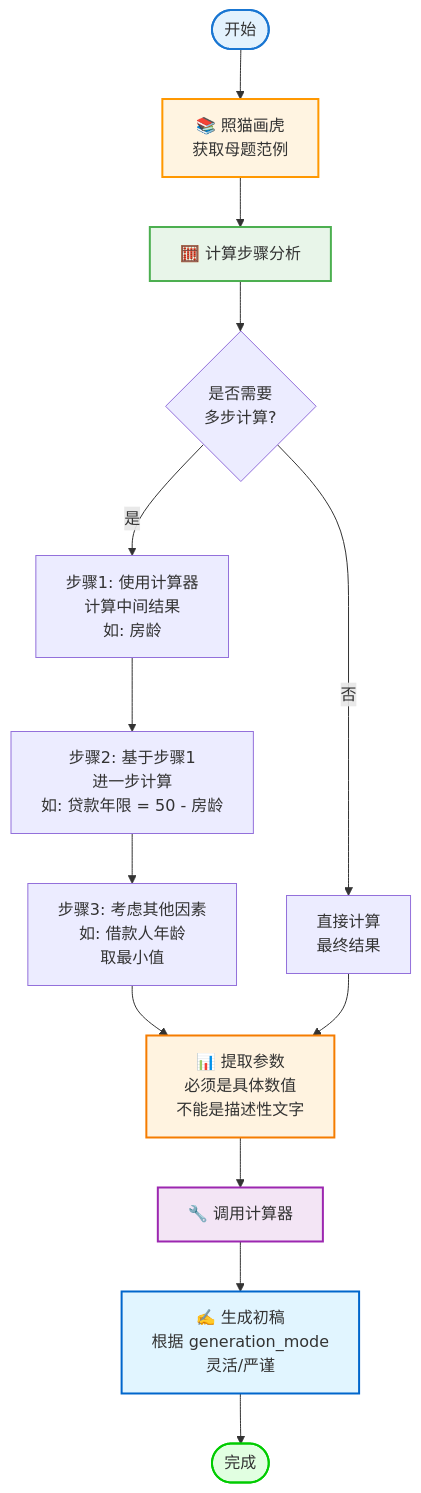
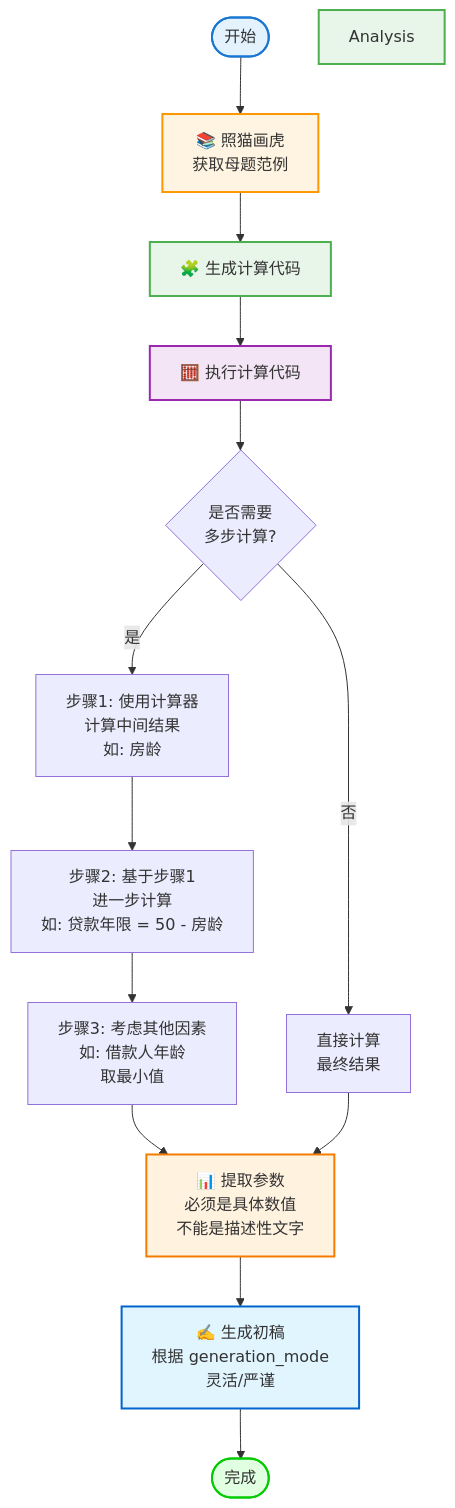
One commit to pt1995117/boxue-ai-exam-generator changed the fourth of 6 diagrams in docs/系统流程图-可视化版.md. Above: the diagram before and after it, drawn with Mermaid. The commit also changed other lines of this file and 20066 other files, not shown here.

````diff
--- a/docs/系统流程图-可视化版.md
+++ b/docs/系统流程图-可视化版.md
@@ -106,27 +106,28 @@
 ```mermaid
 flowchart TD
     Start([开始]) --> Examples[📚 照猫画虎<br/>获取母题范例]
-    Examples --> Analysis[🧮 计算步骤分析]
+    Examples --> Codegen[🧩 生成计算代码]
     
-    Analysis --> Q1{是否需要<br/>多步计算?}
+    Codegen --> Exec[🧮 执行计算代码]
+    Exec --> Q1{是否需要<br/>多步计算?}
     Q1 -->|是| Step1[步骤1: 使用计算器<br/>计算中间结果<br/>如: 房龄]
     Q1 -->|否| Direct[直接计算<br/>最终结果]
     
     Step1 --> Step2[步骤2: 基于步骤1<br/>进一步计算<br/>如: 贷款年限 = 50 - 房龄]
     Step2 --> Step3[步骤3: 考虑其他因素<br/>如: 借款人年龄<br/>取最小值]
     Step3 --> Extract[📊 提取参数<br/>必须是具体数值<br/>不能是描述性文字]
     
     Direct --> Extract
-    Extract --> Calc[🔧 调用计算器]
-    Calc --> Generate[✍️ 生成初稿<br/>根据 generation_mode<br/>灵活/严谨]
+    Extract --> Generate[✍️ 生成初稿<br/>根据 generation_mode<br/>灵活/严谨]
     
     Generate --> End([完成])
     
     style Start fill:#e3f2fd,stroke:#1976d2,stroke-width:2px
     style Examples fill:#fff4e1,stroke:#ff9800,stroke-width:2px
     style Analysis fill:#e8f5e9,stroke:#4caf50,stroke-width:2px
     style Extract fill:#fff3e0,stroke:#f57c00,stroke-width:2px
-    style Calc fill:#f3e5f5,stroke:#9c27b0,stroke-width:2px
+    style Codegen fill:#e8f5e9,stroke:#4caf50,stroke-width:2px
+    style Exec fill:#f3e5f5,stroke:#9c27b0,stroke-width:2px
     style Generate fill:#e1f5ff,stroke:#0066cc,stroke-width:2px
     style End fill:#e1ffe1,stroke:#00cc00,stroke-width:2px
 ```
````
